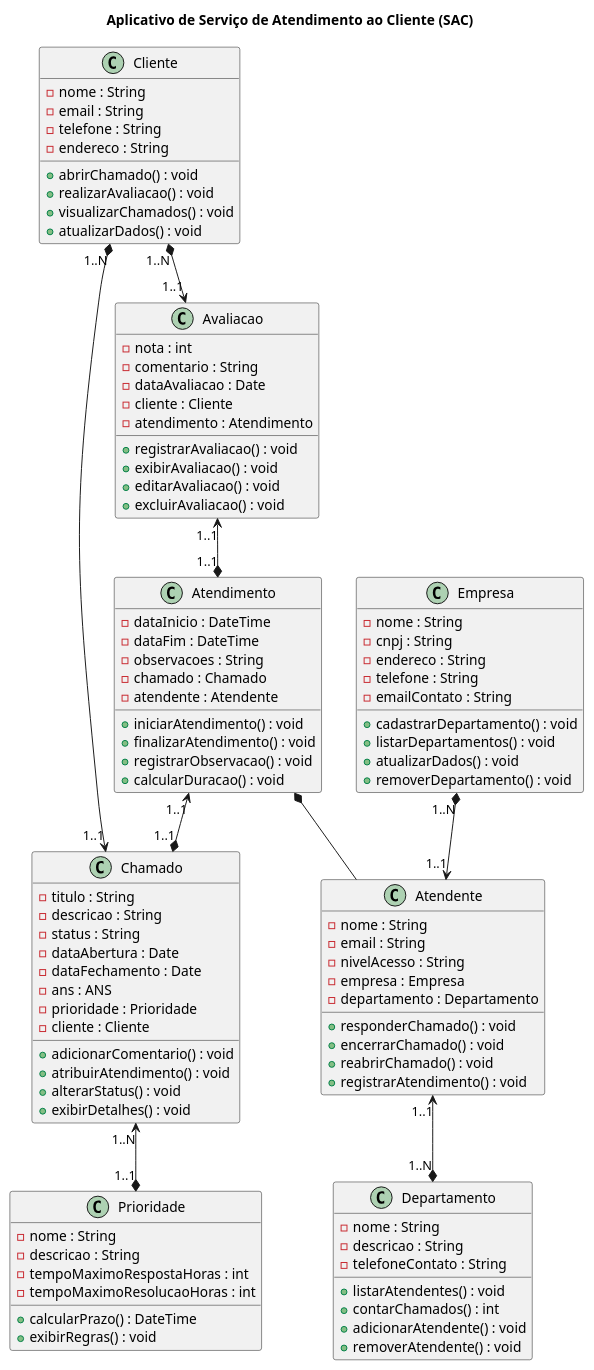
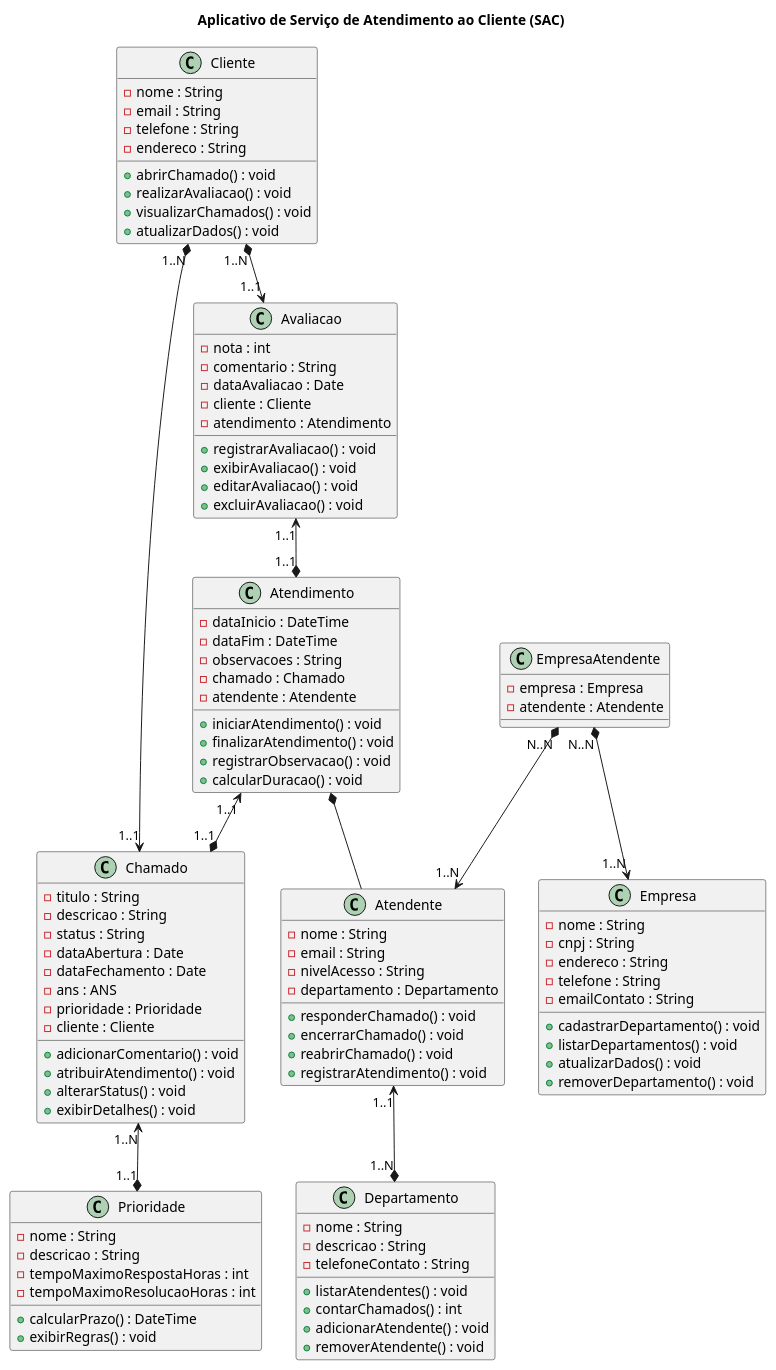
The diagram in docs/diagrama.plantuml (anleaes/2025-2-SDM-Sexta-Manha-ZS-14), drawn with PlantUML before and after one commit. The commit also changed 1 other file, not shown here.

Commit message:
colocando foreingkeys e importando cliente e atendimento no app avaliacoes

```diff
--- a/docs/diagrama.plantuml
+++ b/docs/diagrama.plantuml
@@ -1,108 +1,115 @@
 @startuml
 title Aplicativo de Serviço de Atendimento ao Cliente (SAC)
 
 class Cliente {
   - nome : String
   - email : String
   - telefone : String
   - endereco : String
   + abrirChamado() : void
   + realizarAvaliacao() : void
   + visualizarChamados() : void
   + atualizarDados() : void
 }
 
 class Chamado {
   - titulo : String
   - descricao : String
   - status : String
   - dataAbertura : Date
   - dataFechamento : Date
   - ans : ANS
   - prioridade : Prioridade
   - cliente : Cliente
   + adicionarComentario() : void
   + atribuirAtendimento() : void
   + alterarStatus() : void
   + exibirDetalhes() : void
 }
 
 class Prioridade {
   - nome : String
   - descricao : String
   - tempoMaximoRespostaHoras : int
   - tempoMaximoResolucaoHoras : int
   + calcularPrazo() : DateTime
   + exibirRegras() : void
 }
 
 
-class Atendente {
-  - nome : String
-  - email : String
-  - nivelAcesso : String
-  - empresa : Empresa
-  - departamento : Departamento
-  + responderChamado() : void
-  + encerrarChamado() : void
-  + reabrirChamado() : void
-  + registrarAtendimento() : void
-}
+
 
 class Departamento {
   - nome : String
   - descricao : String
   - telefoneContato : String
   + listarAtendentes() : void
   + contarChamados() : int
   + adicionarAtendente() : void
   + removerAtendente() : void
 }
 
 class Atendimento {
   - dataInicio : DateTime
   - dataFim : DateTime
   - observacoes : String
   - chamado : Chamado
   - atendente : Atendente
   + iniciarAtendimento() : void
   + finalizarAtendimento() : void
   + registrarObservacao() : void
   + calcularDuracao() : void
 }
 
 class Empresa {
   - nome : String
   - cnpj : String
   - endereco : String
   - telefone : String
   - emailContato : String
   + cadastrarDepartamento() : void
   + listarDepartamentos() : void
   + atualizarDados() : void
   + removerDepartamento() : void
 }
 
+class EmpresaAtendente {
+  - empresa : Empresa
+  - atendente : Atendente
+}
+
+class Atendente {
+  - nome : String
+  - email : String
+  - nivelAcesso : String
+  - departamento : Departamento
+  + responderChamado() : void
+  + encerrarChamado() : void
+  + reabrirChamado() : void
+  + registrarAtendimento() : void
+}
+
 class Avaliacao {
   - nota : int
   - comentario : String
   - dataAvaliacao : Date
   - cliente : Cliente
   - atendimento : Atendimento
   + registrarAvaliacao() : void
   + exibirAvaliacao() : void
   + editarAvaliacao() : void
   + excluirAvaliacao() : void
 }
 
 ' ---- RELACIONAMENTOS ----
 Cliente "1..N" *--> "1..1" Chamado 
 Cliente "1..N" *--> "1..1" Avaliacao 
 Avaliacao "1..1" <--* "1..1" Atendimento 
 Atendente "1..1" <--* "1..N" Departamento
 Atendimento "1..1" <--* "1..1" Chamado 
 Atendimento *-- Atendente
-Empresa "1..N" *--> "1..1" Atendente 
+EmpresaAtendente "N..N" *--> "1..N" Atendente 
+EmpresaAtendente "N..N" *--> "1..N" Empresa 
 Chamado "1..N" <--* "1..1" Prioridade 
 
 @enduml
```
